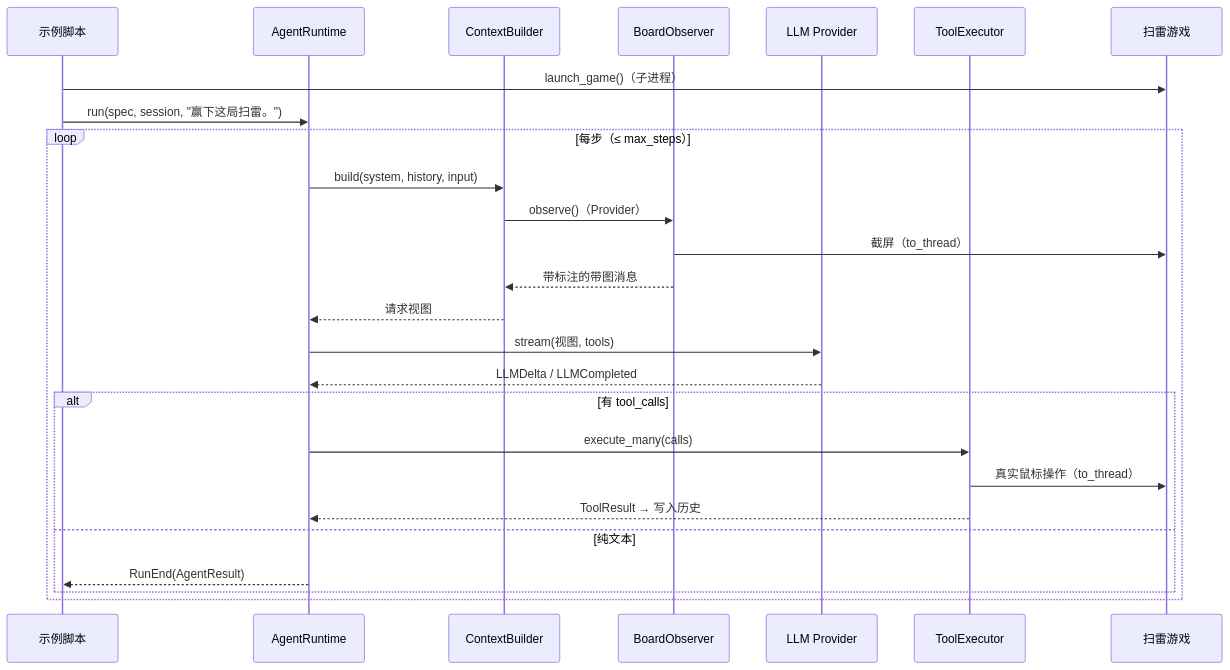
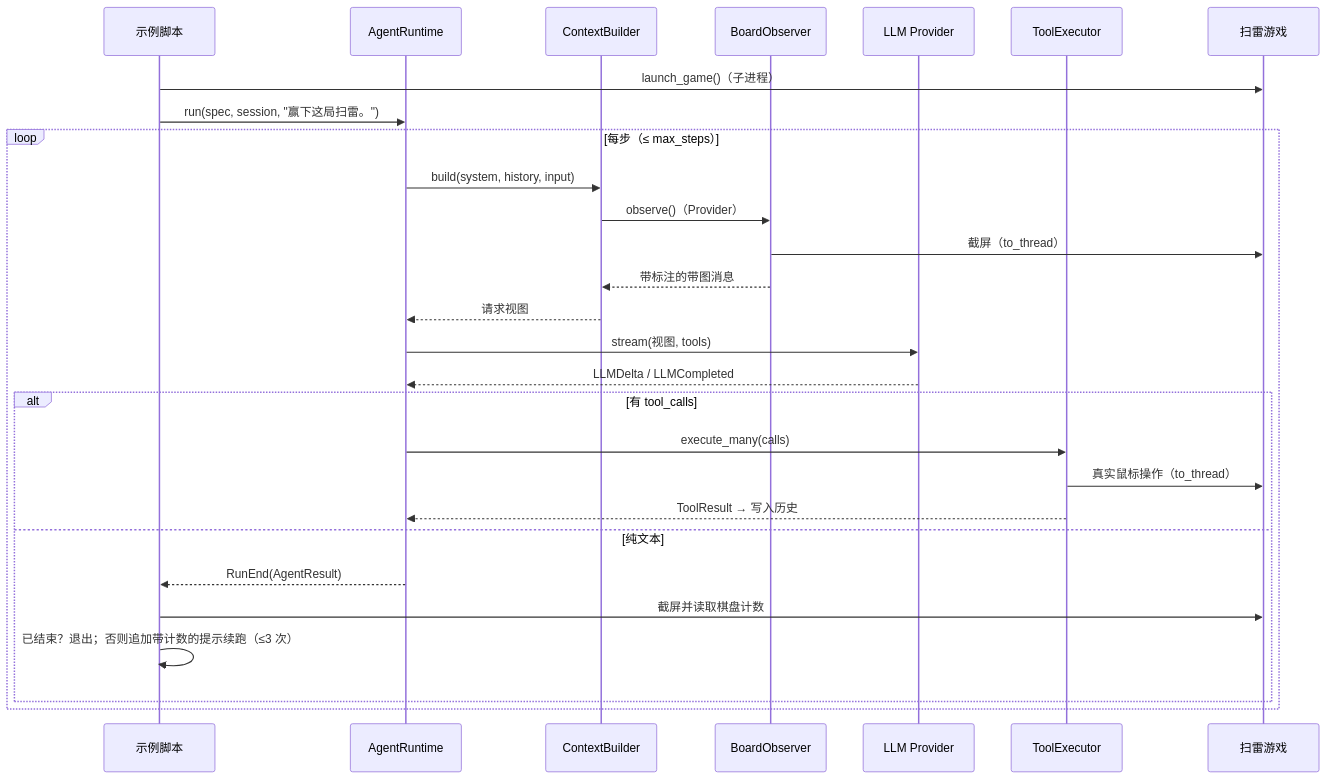
Before and after one commit to bluesky1024/fm_agent_frame: the third of 3 diagrams in docs/minesweeper-agent-flow.md, drawn with Mermaid. The commit also changed other lines of this file and 32 other files, not shown here.

````diff
--- a/docs/minesweeper-agent-flow.md
+++ b/docs/minesweeper-agent-flow.md
@@ -69,29 +78,31 @@
 ```mermaid
 sequenceDiagram
     participant EX as 示例脚本
     participant RT as AgentRuntime
     participant CTX as ContextBuilder
     participant OB as BoardObserver
     participant LLM as LLM Provider
     participant TL as ToolExecutor
     participant GM as 扫雷游戏
 
     EX->>GM: launch_game()（子进程）
     EX->>RT: run(spec, session, "赢下这局扫雷。")
     loop 每步（≤ max_steps）
         RT->>CTX: build(system, history, input)
         CTX->>OB: observe()（Provider）
         OB->>GM: 截屏（to_thread）
         OB-->>CTX: 带标注的带图消息
         CTX-->>RT: 请求视图
         RT->>LLM: stream(视图, tools)
         LLM-->>RT: LLMDelta / LLMCompleted
         alt 有 tool_calls
             RT->>TL: execute_many(calls)
             TL->>GM: 真实鼠标操作（to_thread）
             TL-->>RT: ToolResult → 写入历史
         else 纯文本
             RT-->>EX: RunEnd(AgentResult)
+            EX->>GM: 截屏并读取棋盘计数
+            EX->>EX: 已结束？退出；否则追加带计数的提示续跑（≤3 次）
         end
     end
 ```
````
